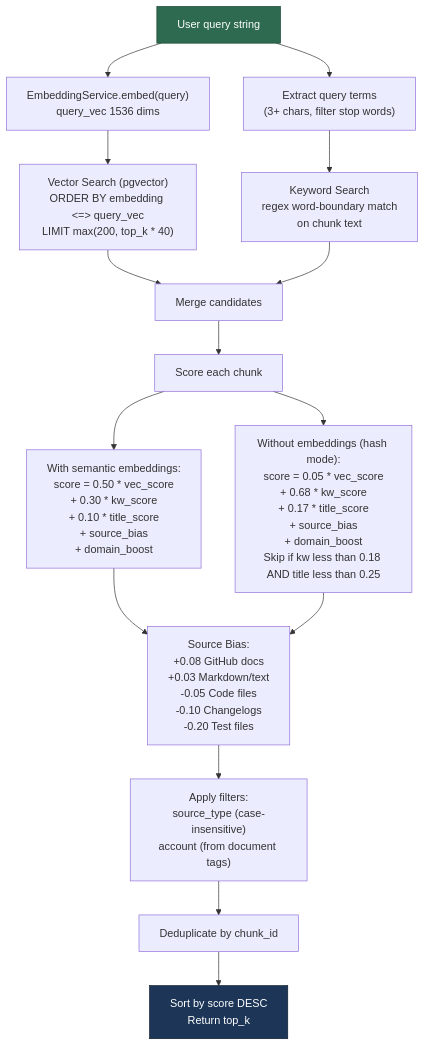
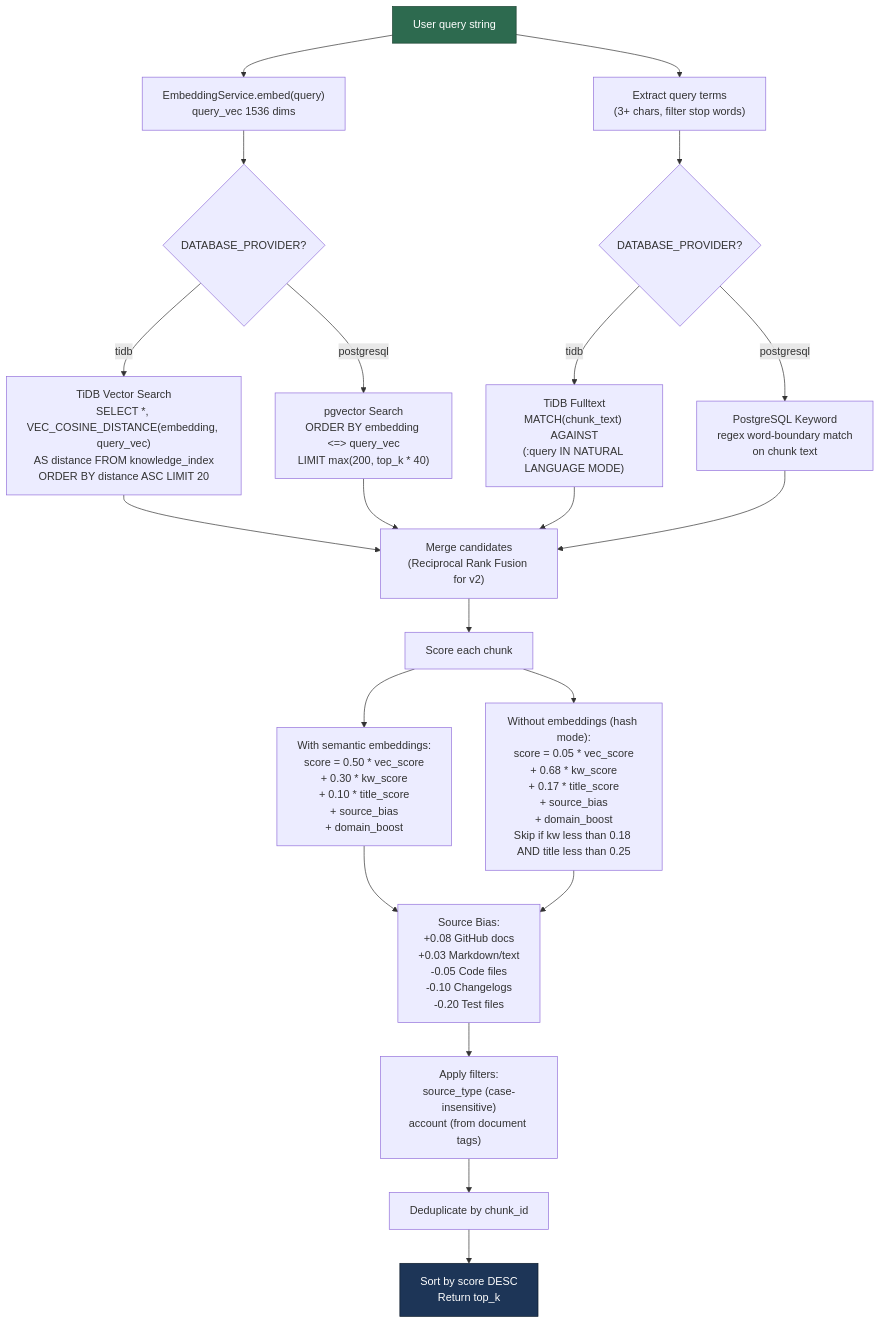
One commit to stephenlthorn/gtm-copilot-oss changed the sixth of 9 diagrams in README.md. Above: the diagram before and after it, drawn with Mermaid. The commit also changed other lines of this file, not shown here.

First line of the commit message:
docs: fix diagrams to reflect actual dual-database architecture (TiDB + PostgreSQL)

````diff
--- a/README.md
+++ b/README.md
@@ -317,31 +312,37 @@
 ```mermaid
 flowchart TB
     QUERY["User query string"]
 
     QUERY --> EMBED_Q["EmbeddingService.embed(query)<br/>query_vec 1536 dims"]
     QUERY --> EXTRACT["Extract query terms<br/>(3+ chars, filter stop words)"]
 
-    EMBED_Q --> VEC_SEARCH["Vector Search (pgvector)<br/>ORDER BY embedding <=> query_vec<br/>LIMIT max(200, top_k * 40)"]
-    EXTRACT --> KW_SEARCH["Keyword Search<br/>regex word-boundary match<br/>on chunk text"]
+    EMBED_Q --> VEC_DB{DATABASE_PROVIDER?}
+    VEC_DB -->|tidb| VEC_TIDB["TiDB Vector Search<br/>SELECT *, VEC_COSINE_DISTANCE(embedding, query_vec)<br/>AS distance FROM knowledge_index<br/>ORDER BY distance ASC LIMIT 20"]
+    VEC_DB -->|postgresql| VEC_PG["pgvector Search<br/>ORDER BY embedding <=> query_vec<br/>LIMIT max(200, top_k * 40)"]
+    EXTRACT --> KW_DB{DATABASE_PROVIDER?}
+    KW_DB -->|tidb| KW_TIDB["TiDB Fulltext<br/>MATCH(chunk_text) AGAINST<br/>(:query IN NATURAL LANGUAGE MODE)"]
+    KW_DB -->|postgresql| KW_PG["PostgreSQL Keyword<br/>regex word-boundary match<br/>on chunk text"]
 
-    VEC_SEARCH --> MERGE["Merge candidates"]
-    KW_SEARCH --> MERGE
+    VEC_TIDB --> MERGE["Merge candidates<br/>(Reciprocal Rank Fusion for v2)"]
+    VEC_PG --> MERGE
+    KW_TIDB --> MERGE
+    KW_PG --> MERGE
 
     MERGE --> SCORE["Score each chunk"]
 
     SCORE --> FORMULA["With semantic embeddings:<br/>score = 0.50 * vec_score<br/>+ 0.30 * kw_score<br/>+ 0.10 * title_score<br/>+ source_bias<br/>+ domain_boost"]
 
     SCORE --> FORMULA2["Without embeddings (hash mode):<br/>score = 0.05 * vec_score<br/>+ 0.68 * kw_score<br/>+ 0.17 * title_score<br/>+ source_bias<br/>+ domain_boost<br/>Skip if kw less than 0.18 AND title less than 0.25"]
 
     FORMULA --> BIAS["Source Bias:<br/>+0.08 GitHub docs<br/>+0.03 Markdown/text<br/>-0.05 Code files<br/>-0.10 Changelogs<br/>-0.20 Test files"]
 
     FORMULA2 --> BIAS
 
     BIAS --> FILTER["Apply filters:<br/>source_type (case-insensitive)<br/>account (from document tags)"]
 
     FILTER --> DEDUP["Deduplicate by chunk_id"]
     DEDUP --> SORT["Sort by score DESC<br/>Return top_k"]
 
     style QUERY fill:#2d6a4f,stroke:#1b4332,color:#fff
     style SORT fill:#1d3557,stroke:#0d1b2a,color:#fff
 ```
````
